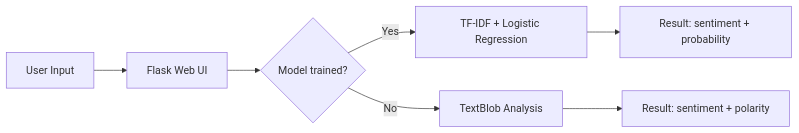
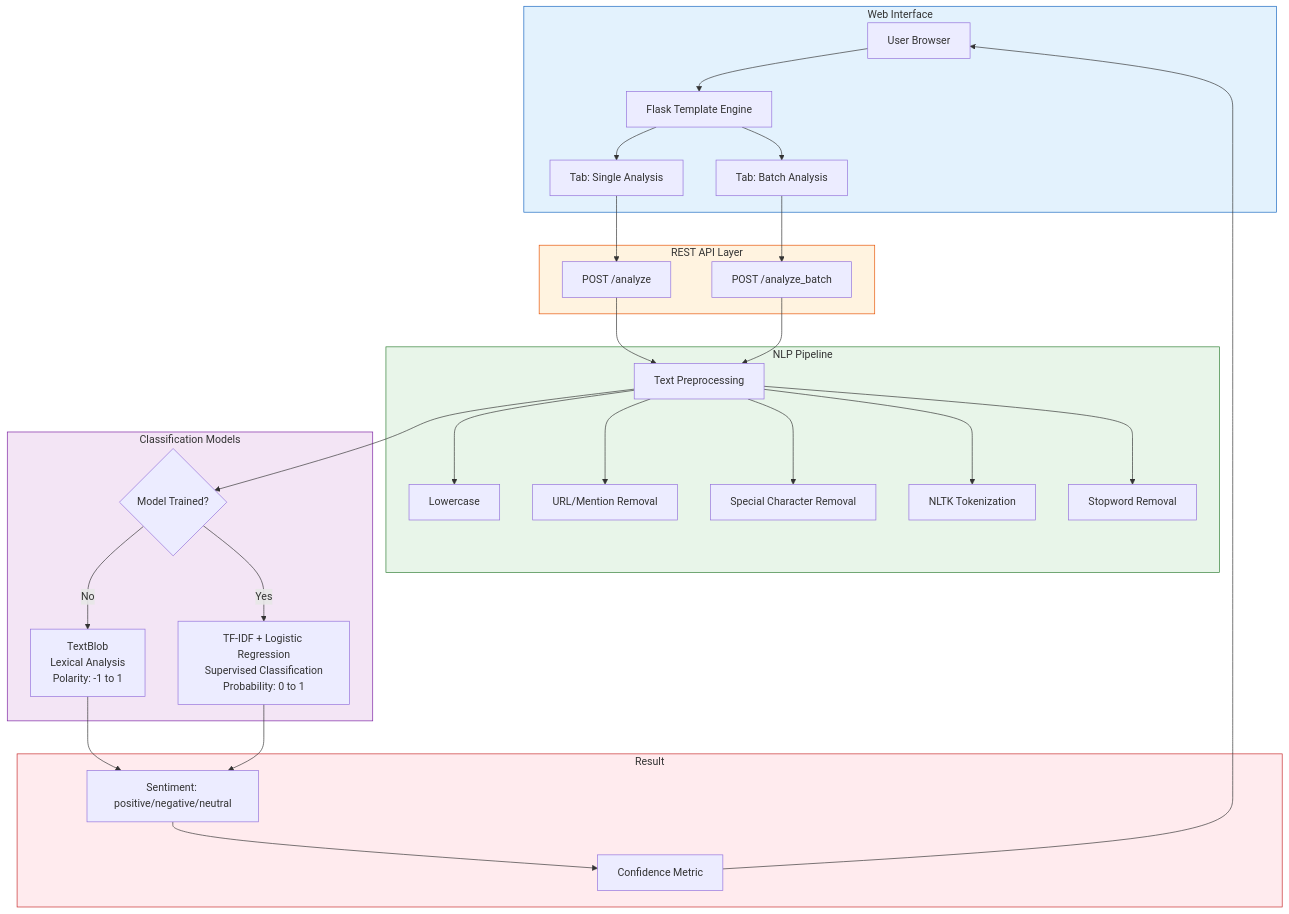
One commit to galafis/NLP-Sentiment-Analyzer changed the third of 4 diagrams in README.md. Above: the diagram before and after it, drawn with Mermaid. The commit also changed other lines of this file and 1 other file, not shown here.

````diff
--- a/README.md
+++ b/README.md
@@ -102,9 +340,50 @@
 ```mermaid
-graph LR
-    A[User Input] --> B[Flask Web UI]
-    B --> C{Model trained?}
-    C -->|Yes| D[TF-IDF + Logistic Regression]
-    C -->|No| E[TextBlob Analysis]
-    D --> F[Result: sentiment + probability]
-    E --> G[Result: sentiment + polarity]
+graph TD
+    subgraph Frontend["Web Interface"]
+        style Frontend fill:#E3F2FD,stroke:#1565C0
+        A[User Browser] --> B[Flask Template Engine]
+        B --> C[Tab: Single Analysis]
+        B --> D[Tab: Batch Analysis]
+    end
+
+    subgraph API["REST API Layer"]
+        style API fill:#FFF3E0,stroke:#E65100
+        E["POST /analyze"]
+        F["POST /analyze_batch"]
+    end
+
+    subgraph NLP["NLP Pipeline"]
+        style NLP fill:#E8F5E9,stroke:#2E7D32
+        G[Text Preprocessing]
+        G --> G1[Lowercase]
+        G --> G2[URL/Mention Removal]
+        G --> G3[Special Character Removal]
+        G --> G4[NLTK Tokenization]
+        G --> G5[Stopword Removal]
+    end
+
+    subgraph Models["Classification Models"]
+        style Models fill:#F3E5F5,stroke:#7B1FA2
+        H{Model Trained?}
+        I["TextBlob<br/>Lexical Analysis<br/>Polarity: -1 to 1"]
+        J["TF-IDF + Logistic Regression<br/>Supervised Classification<br/>Probability: 0 to 1"]
+    end
+
+    subgraph Output["Result"]
+        style Output fill:#FFEBEE,stroke:#C62828
+        K[Sentiment: positive/negative/neutral]
+        L[Confidence Metric]
+    end
+
+    C --> E
+    D --> F
+    E --> G
+    F --> G
+    G --> H
+    H -->|No| I
+    H -->|Yes| J
+    I --> K
+    J --> K
+    K --> L
+    L --> A
 ```
````
